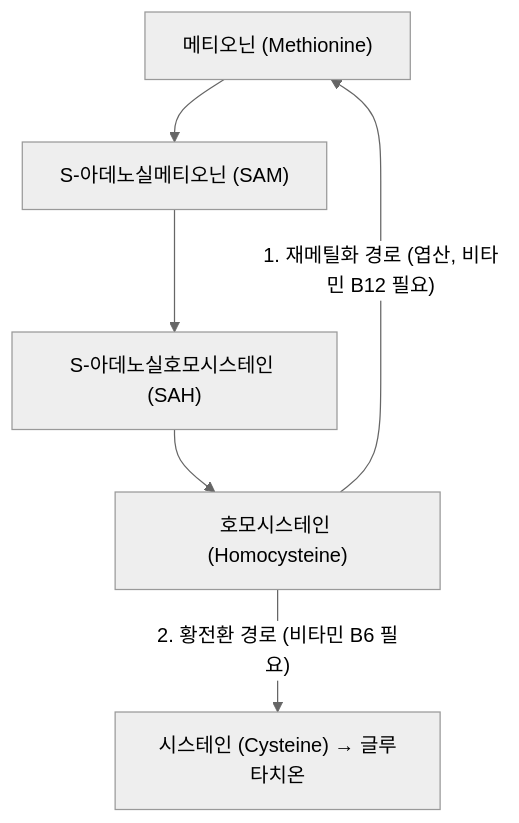
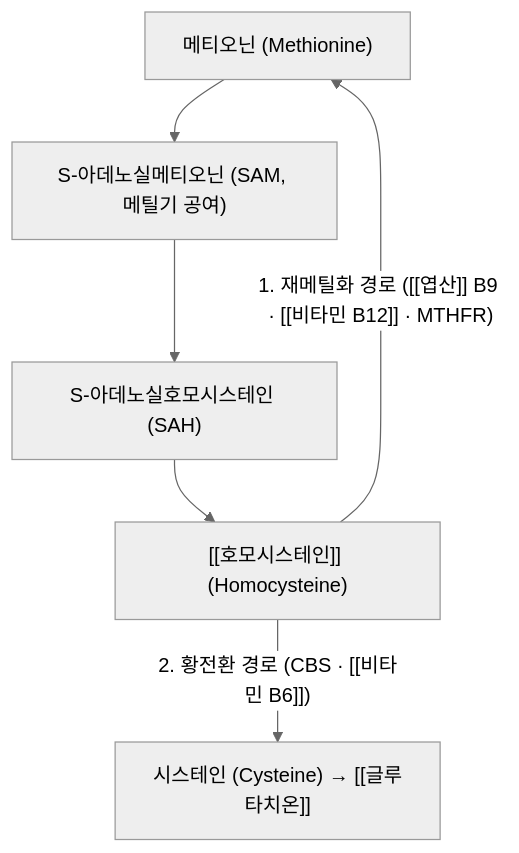
Before and after one commit to simbio11/simbio-digital-garden2: the first of 2 diagrams in content/3. 이론 공부/의학개념/분자·세포 기전/02_효소·대사경로/호모시스테인.md, drawn with Mermaid (neutral theme). The commit also changed other lines of this file and 424 other files, not shown here.

````diff
--- a/content/3. 이론 공부/의학개념/분자·세포 기전/02_효소·대사경로/호모시스테인.md
+++ b/content/3. 이론 공부/의학개념/분자·세포 기전/02_효소·대사경로/호모시스테인.md
@@ -35,8 +47,8 @@
 ```mermaid
 flowchart TD
-    A["메티오닌 (Methionine)"] --> B["S-아데노실메티오닌 (SAM)"]
+    A["메티오닌 (Methionine)"] --> B["S-아데노실메티오닌 (SAM, 메틸기 공여)"]
     B --> C["S-아데노실호모시스테인 (SAH)"]
-    C --> D["호모시스테인 (Homocysteine)"]
-    D -->|"1. 재메틸화 경로 (엽산, 비타민 B12 필요)"| A
-    D -->|"2. 황전환 경로 (비타민 B6 필요)"| E["시스테인 (Cysteine) → 글루타치온"]
+    C --> D["[[호모시스테인]] (Homocysteine)"]
+    D -->|"1. 재메틸화 경로 ([[엽산]] B9 · [[비타민 B12]] · MTHFR)"| A
+    D -->|"2. 황전환 경로 (CBS · [[비타민 B6]])"| E["시스테인 (Cysteine) → [[글루타치온]]"]
 ```
````
